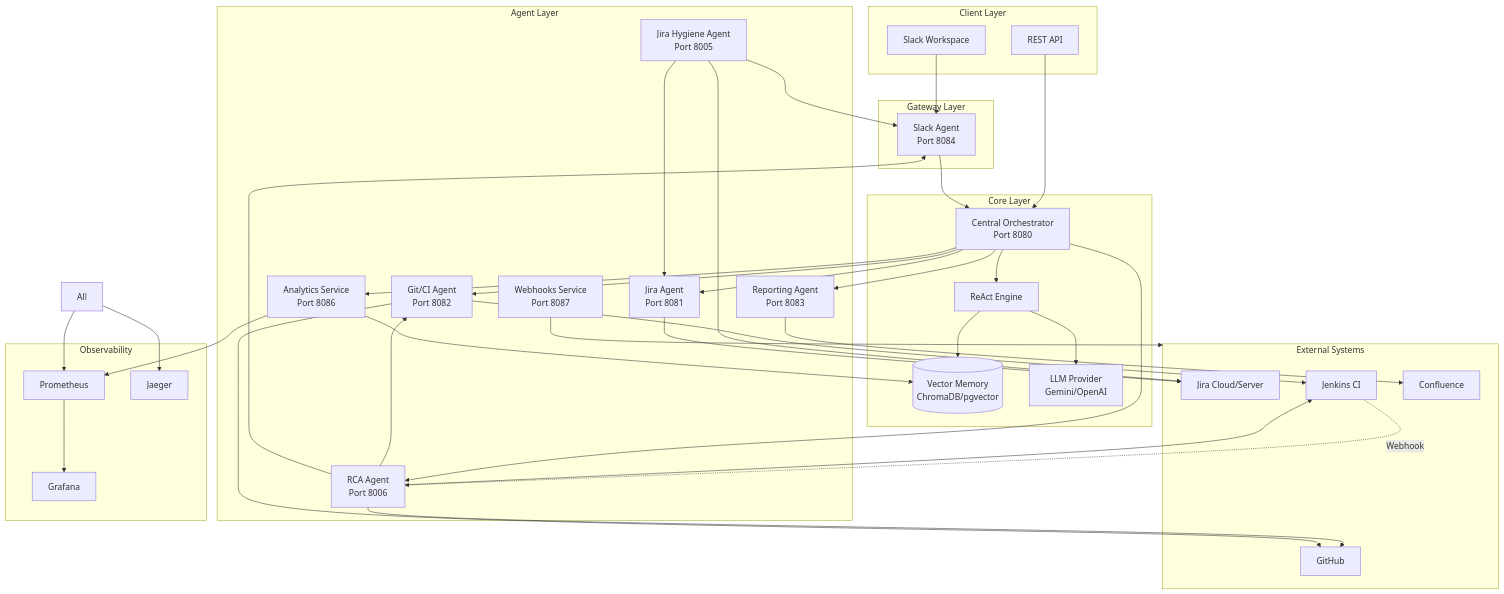
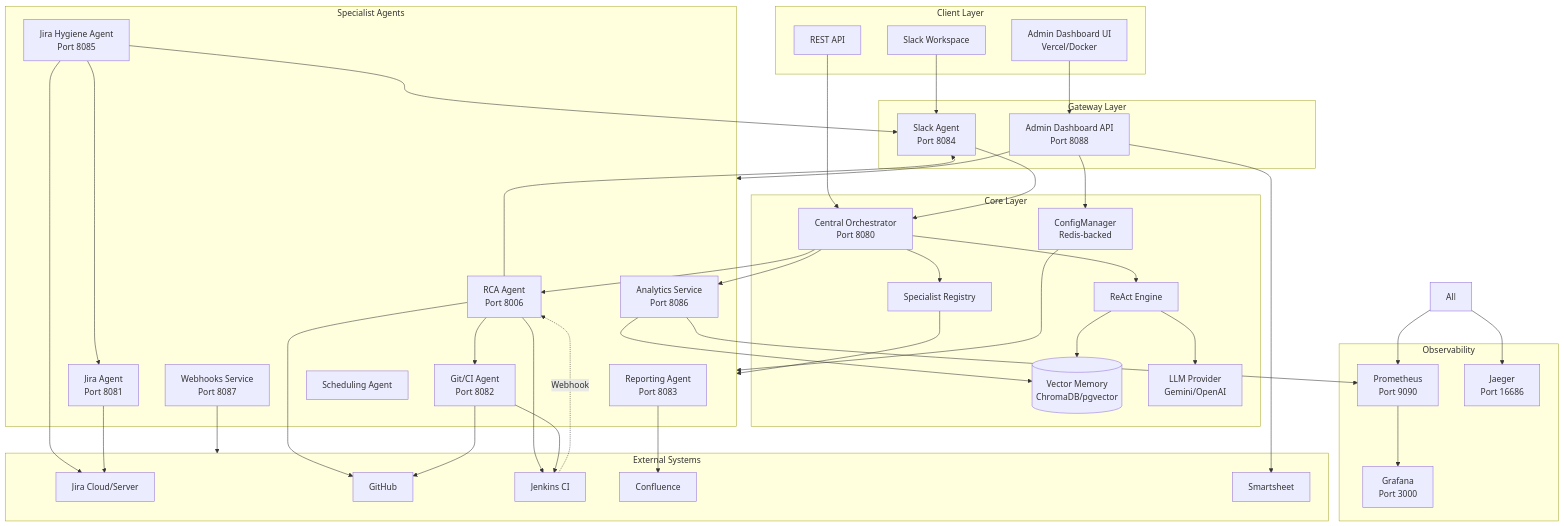
Before and after one commit to IKRedHat/Nexus-Release-Readiness-Bot: the first of 16 diagrams in docs/architecture.md, drawn with Mermaid. The commit also changed other lines of this file, not shown here.

First line of the commit message:
docs(architecture): comprehensive update with all recent features

```diff
--- a/docs/architecture.md
+++ b/docs/architecture.md
@@ -11,27 +11,32 @@
     subgraph Client["Client Layer"]
         Slack[Slack Workspace]
         API[REST API]
+        AdminUI[Admin Dashboard UI<br/>Vercel/Docker]
     end
     
     subgraph Gateway["Gateway Layer"]
         SlackAgent[Slack Agent<br/>Port 8084]
+        AdminDash[Admin Dashboard API<br/>Port 8088]
     end
     
     subgraph Core["Core Layer"]
         Orchestrator[Central Orchestrator<br/>Port 8080]
         ReAct[ReAct Engine]
+        SpecRegistry[Specialist Registry]
         Memory[(Vector Memory<br/>ChromaDB/pgvector)]
         LLM[LLM Provider<br/>Gemini/OpenAI]
+        ConfigMgr[ConfigManager<br/>Redis-backed]
     end
     
-    subgraph Agents["Agent Layer"]
+    subgraph Agents["Specialist Agents"]
         JiraAgent[Jira Agent<br/>Port 8081]
         GitAgent[Git/CI Agent<br/>Port 8082]
         ReportAgent[Reporting Agent<br/>Port 8083]
-        HygieneAgent[Jira Hygiene Agent<br/>Port 8005]
+        HygieneAgent[Jira Hygiene Agent<br/>Port 8085]
         RCAAgent[RCA Agent<br/>Port 8006]
         Analytics[Analytics Service<br/>Port 8086]
         Webhooks[Webhooks Service<br/>Port 8087]
+        Scheduling[Scheduling Agent]
     end
     
     subgraph External["External Systems"]
@@ -39,25 +44,28 @@
         GitHub[GitHub]
         Jenkins[Jenkins CI]
         Confluence[Confluence]
+        Smartsheet[Smartsheet]
     end
     
     subgraph Observability["Observability"]
-        Prometheus[Prometheus]
-        Grafana[Grafana]
-        Jaeger[Jaeger]
+        Prometheus[Prometheus<br/>Port 9090]
+        Grafana[Grafana<br/>Port 3000]
+        Jaeger[Jaeger<br/>Port 16686]
     end
     
     Slack --> SlackAgent
     API --> Orchestrator
+    AdminUI --> AdminDash
     SlackAgent --> Orchestrator
+    AdminDash --> ConfigMgr
+    AdminDash --> Agents
     
     Orchestrator --> ReAct
+    Orchestrator --> SpecRegistry
+    SpecRegistry --> Agents
     ReAct --> Memory
     ReAct --> LLM
-    
-    Orchestrator --> JiraAgent
-    Orchestrator --> GitAgent
-    Orchestrator --> ReportAgent
+    ConfigMgr --> Agents
     
     HygieneAgent --> JiraAgent
     HygieneAgent --> SlackAgent
@@ -75,6 +83,8 @@
     GitAgent --> Jenkins
     ReportAgent --> Confluence
     
+    AdminDash --> Smartsheet
+    
     Analytics --> Prometheus
     Analytics --> Memory
     Orchestrator --> Analytics
```
